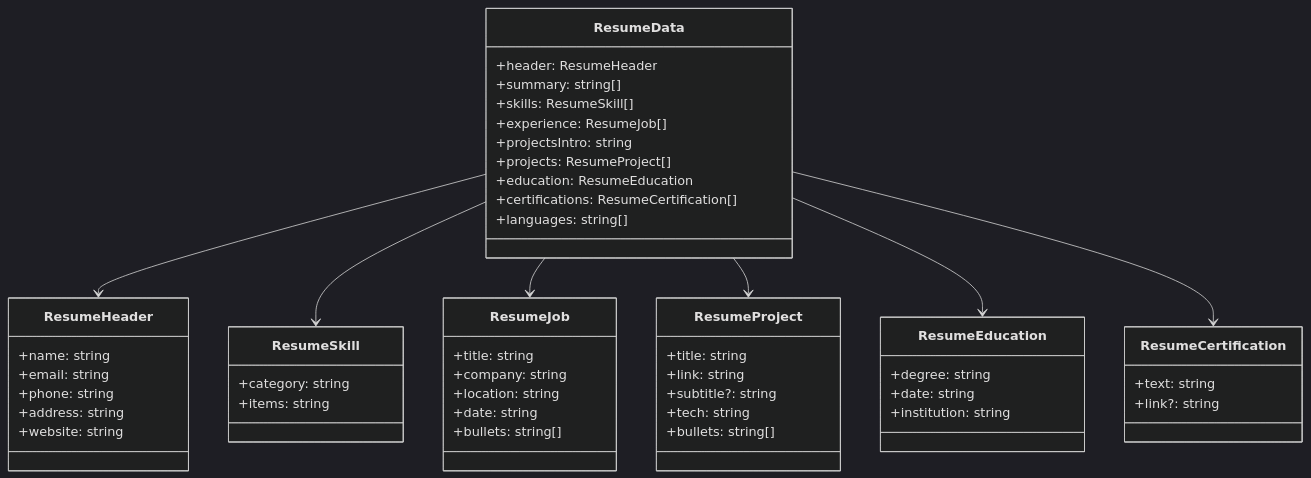
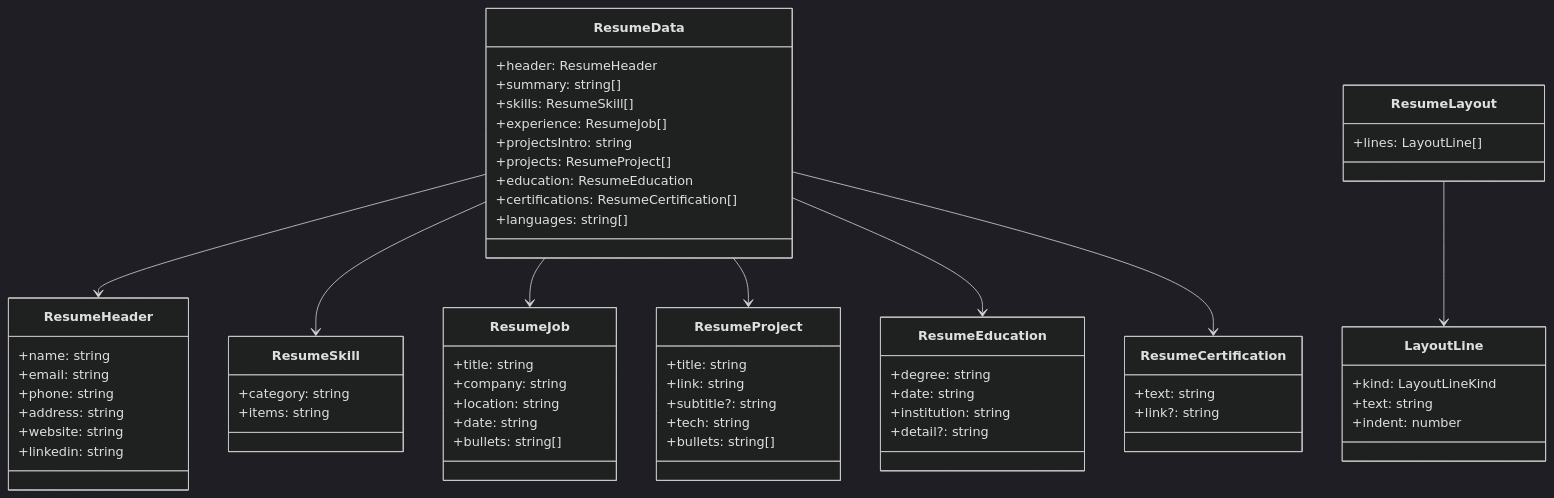
The fourth of 4 diagrams in README.md (ahmadmdabit/ats-resume-generator), drawn with Mermaid (dark theme) before and after one commit. The commit also changed other lines of this file and 12 other files, not shown here.

````diff
--- a/README.md
+++ b/README.md
@@ -233,55 +266,66 @@
 ```mermaid
 classDiagram
     class ResumeData {
         +header: ResumeHeader
         +summary: string[]
         +skills: ResumeSkill[]
         +experience: ResumeJob[]
         +projectsIntro: string
         +projects: ResumeProject[]
         +education: ResumeEducation
         +certifications: ResumeCertification[]
         +languages: string[]
     }
+    class ResumeLayout {
+        +lines: LayoutLine[]
+    }
+    class LayoutLine {
+        +kind: LayoutLineKind
+        +text: string
+        +indent: number
+    }
     class ResumeHeader {
         +name: string
         +email: string
         +phone: string
         +address: string
         +website: string
+        +linkedin: string
     }
     class ResumeSkill {
         +category: string
         +items: string
     }
     class ResumeJob {
         +title: string
         +company: string
         +location: string
         +date: string
         +bullets: string[]
     }
     class ResumeProject {
         +title: string
         +link: string
         +subtitle?: string
         +tech: string
         +bullets: string[]
     }
     class ResumeEducation {
         +degree: string
         +date: string
         +institution: string
+        +detail?: string
     }
     class ResumeCertification {
         +text: string
         +link?: string
     }
 
     ResumeData --> ResumeHeader
     ResumeData --> ResumeSkill
     ResumeData --> ResumeJob
     ResumeData --> ResumeProject
     ResumeData --> ResumeEducation
     ResumeData --> ResumeCertification
+    ResumeLayout --> LayoutLine
 ```
````
